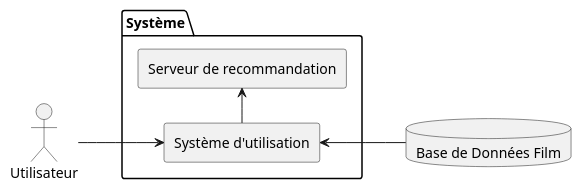
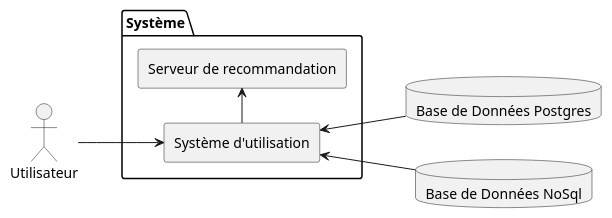
The diagram in UML/diag_actor/diag_actor.puml (LeVraisPeg/backlog-repo), drawn with PlantUML before and after one commit. The commit also changed 2 other files, not shown here.

```diff
--- a/UML/diag_actor/diag_actor.puml
+++ b/UML/diag_actor/diag_actor.puml
@@ -1,20 +1,22 @@
 @startuml
 left to right direction
 package "Système" {
 
 
 rectangle "Système d'utilisation" as GD
 rectangle "Serveur de recommandation" as SR
 
 }
 
 actor Utilisateur as User
 
-database "Base de Données Film" as DB
+database "Base de Données Postgres" as DB
+database "Base de Données NoSql" as DB2
 
 
 
 User-->GD
 GD<--DB
+GD<--DB2
 GD->SR
 @enduml
```
